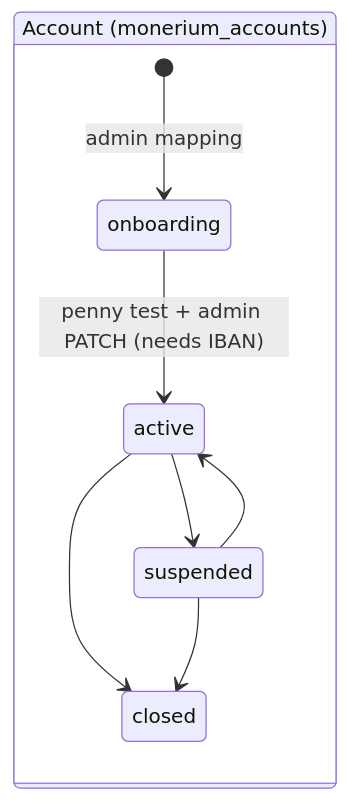
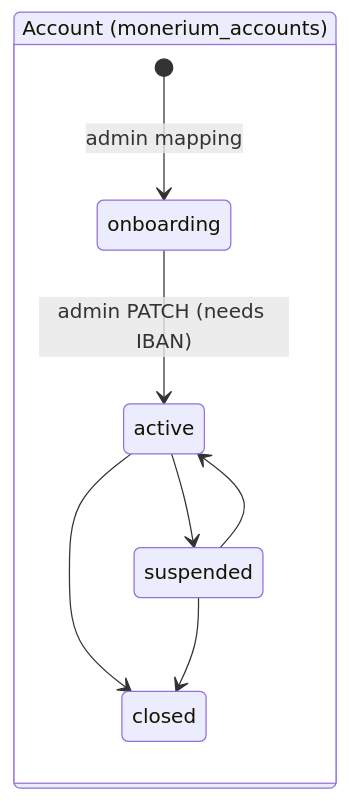
One commit to pendulum-chain/vortex changed the seventh of 8 diagrams in docs/architecture-monerium-b2b-onramp.md. Above: the diagram before and after it, drawn with Mermaid. The commit also changed other lines of this file and 7 other files, not shown here.

First line of the commit message:
docs(repo): make the Monerium B2B penny test optional

````diff
--- a/docs/architecture-monerium-b2b-onramp.md
+++ b/docs/architecture-monerium-b2b-onramp.md
@@ -263,12 +263,12 @@
 ```mermaid
 stateDiagram-v2
     direction LR
     state "Account (monerium_accounts)" as acc {
         [*] --> onboarding : admin mapping
-        onboarding --> active : penny test + admin PATCH (needs IBAN)
+        onboarding --> active : admin PATCH (needs IBAN)
         active --> suspended
         suspended --> active
         active --> closed
         suspended --> closed
     }
 ```
````
